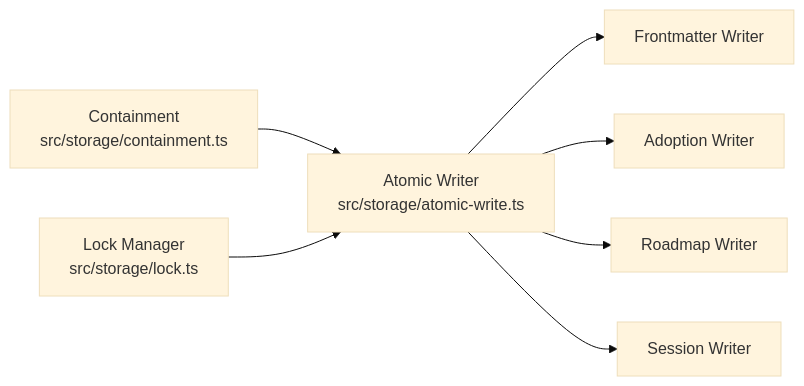
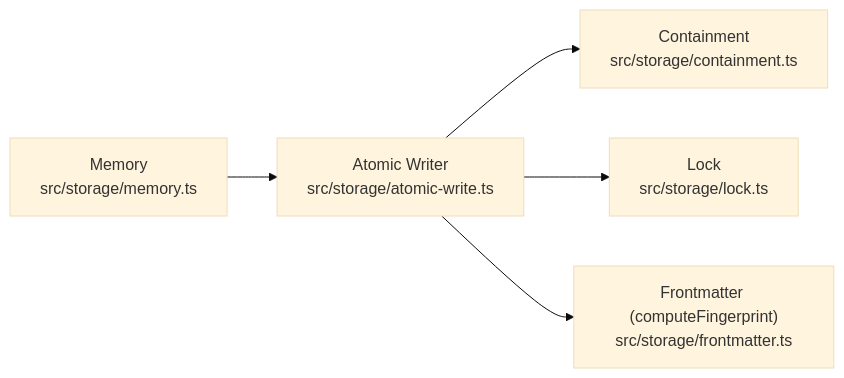
Before and after one commit to Kuldeep2822k/palee-architecture: the sixth of 6 diagrams in Storage System/Atomic Write System.md, drawn with Mermaid (base theme). The commit also changed other lines of this file and 7 other files, not shown here.

Commit message:
docs(storage): document real lock and atomic-write behaviour

````diff
--- a/Storage System/Atomic Write System.md
+++ b/Storage System/Atomic Write System.md
@@ -312,9 +221,7 @@
 ```mermaid
 graph LR
-    Containment["Containment<br/>src/storage/containment.ts"] --> Atomic["Atomic Writer<br/>src/storage/atomic-write.ts"]
-    Lock["Lock Manager<br/>src/storage/lock.ts"] --> Atomic
-    Atomic --> Frontmatter["Frontmatter Writer"]
-    Atomic --> Adoption["Adoption Writer"]
-    Atomic --> Roadmap["Roadmap Writer"]
-    Atomic --> Sessions["Session Writer"]
+    Memory["Memory<br/>src/storage/memory.ts"] --> Atomic["Atomic Writer<br/>src/storage/atomic-write.ts"]
+    Atomic --> Containment["Containment<br/>src/storage/containment.ts"]
+    Atomic --> Lock["Lock<br/>src/storage/lock.ts"]
+    Atomic --> Frontmatter["Frontmatter (computeFingerprint)<br/>src/storage/frontmatter.ts"]
 ```
````
